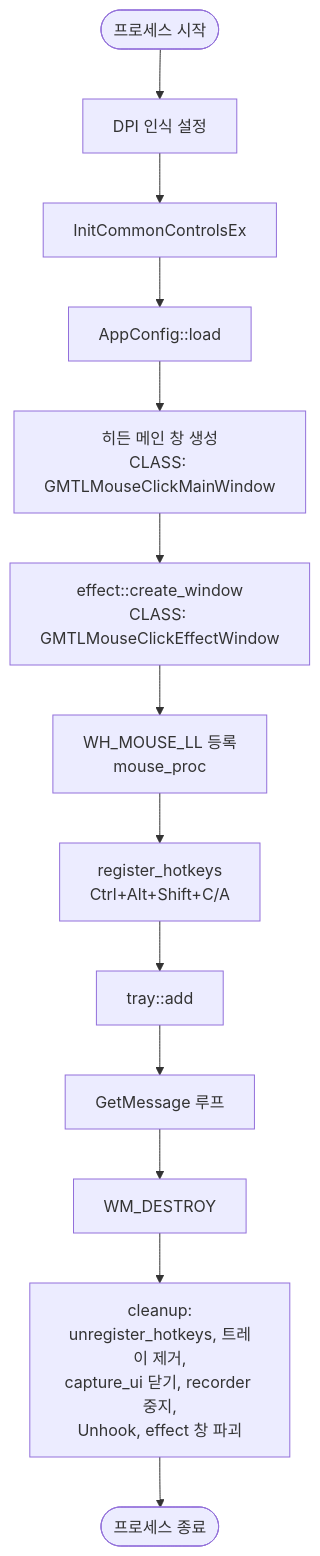
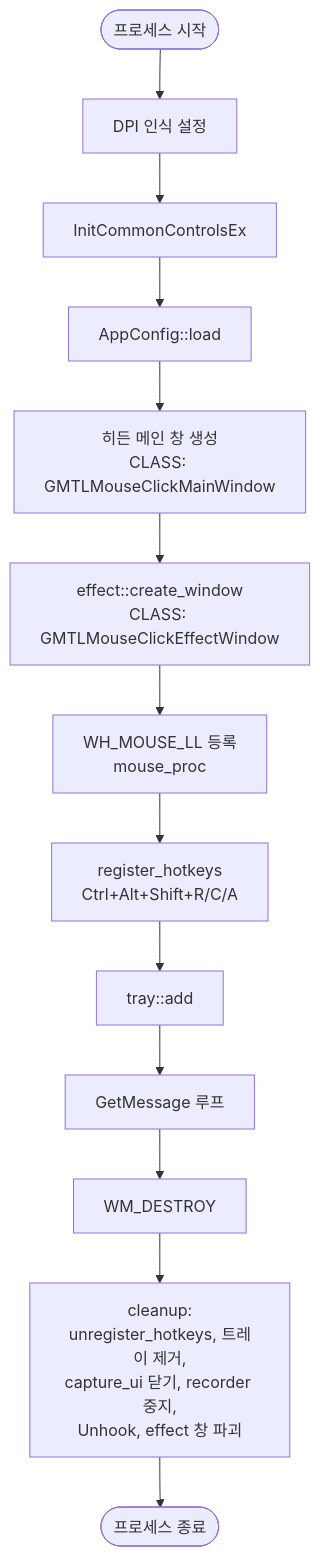
One commit to noelfania/ccesdgr changed the second of 4 diagrams in docs/reference/architecture.md. Above: the diagram before and after it, drawn with Mermaid. The commit also changed other lines of this file and 24 other files, not shown here.

````diff
--- a/docs/reference/architecture.md
+++ b/docs/reference/architecture.md
@@ -99,18 +102,18 @@
 ```mermaid
 flowchart TD
   start([프로세스 시작])
   dpi[DPI 인식 설정]
   icc[InitCommonControlsEx]
   load_cfg["AppConfig::load"]
   main_win["히든 메인 창 생성\nCLASS: GMTLMouseClickMainWindow"]
   eff_win["effect::create_window\nCLASS: GMTLMouseClickEffectWindow"]
   hook["WH_MOUSE_LL 등록\nmouse_proc"]
-  hotkeys["register_hotkeys\nCtrl+Alt+Shift+C/A"]
+  hotkeys["register_hotkeys\nCtrl+Alt+Shift+R/C/A"]
   tray_add["tray::add"]
   loop_msg["GetMessage 루프"]
   destroy[WM_DESTROY]
   clean["cleanup:\nunregister_hotkeys, 트레이 제거,\ncapture_ui 닫기, recorder 중지,\nUnhook, effect 창 파괴"]
   exit([프로세스 종료])
   start --> dpi --> icc --> load_cfg --> main_win --> eff_win --> hook --> hotkeys --> tray_add --> loop_msg
   loop_msg --> destroy --> clean --> exit
 ```
````
